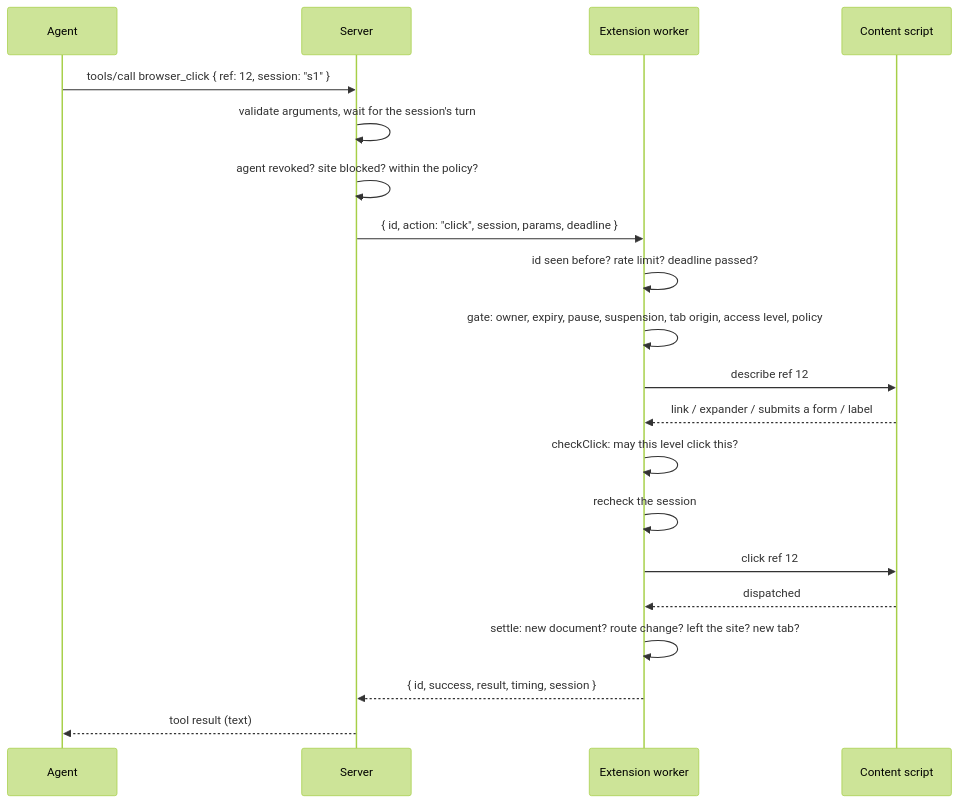
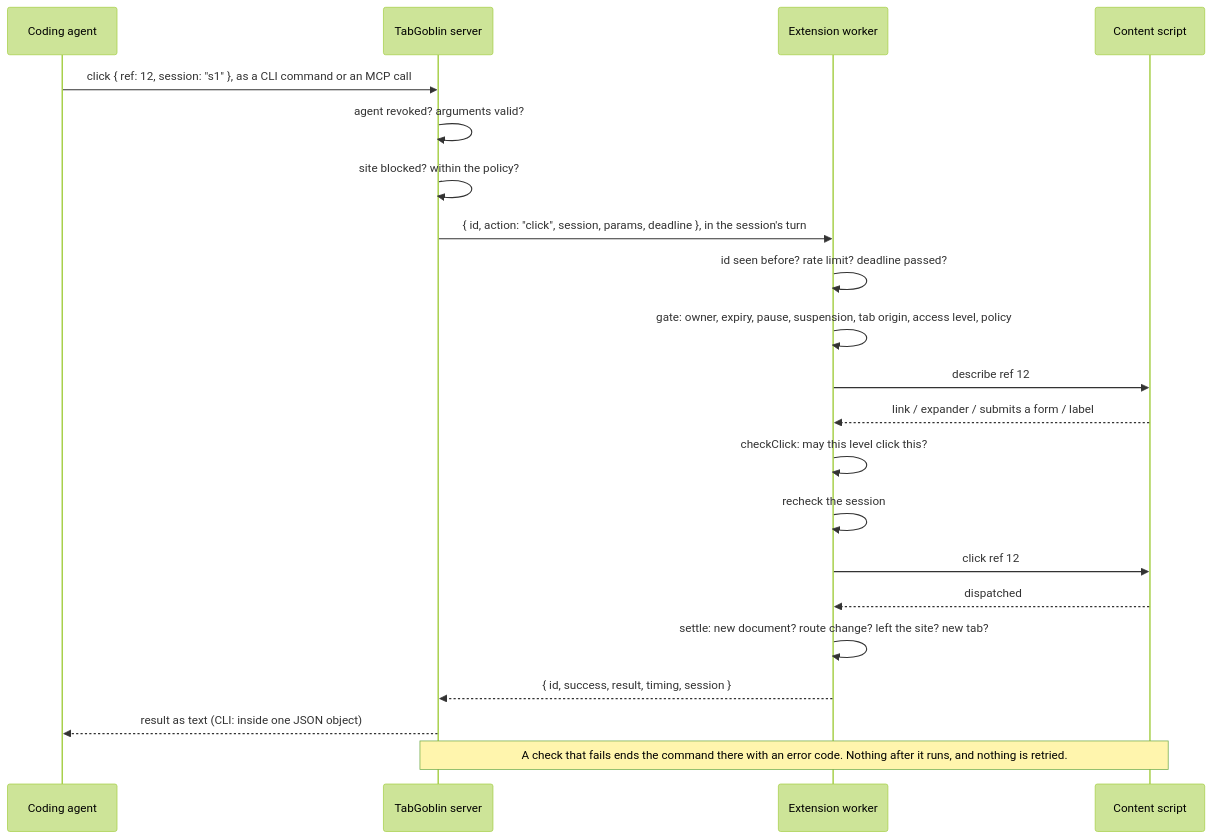
Before and after one commit to LaughingManCommits/TabGoblin: the fourth of 7 diagrams in docs/architecture.md, drawn with Mermaid (forest theme). The commit also changed other lines of this file and 7 other files, not shown here.

First line of the commit message:
The diagrams redrawn: one concept each, the same names, CLI and MCP side by side

````diff
--- a/docs/architecture.md
+++ b/docs/architecture.md
@@ -285,22 +285,23 @@
 ```mermaid
 sequenceDiagram
-  participant A as Agent
-  participant S as Server
+  participant A as Coding agent
+  participant S as TabGoblin server
   participant B as Extension worker
   participant P as Content script
-  A->>S: tools/call browser_click { ref: 12, session: "s1" }
-  S->>S: validate arguments, wait for the session's turn
-  S->>S: agent revoked? site blocked? within the policy?
-  S->>B: { id, action: "click", session, params, deadline }
+  A->>S: click { ref: 12, session: "s1" }, as a CLI command or an MCP call
+  S->>S: agent revoked? arguments valid?
+  S->>S: site blocked? within the policy?
+  S->>B: { id, action: "click", session, params, deadline }, in the session's turn
   B->>B: id seen before? rate limit? deadline passed?
   B->>B: gate: owner, expiry, pause, suspension, tab origin, access level, policy
   B->>P: describe ref 12
   P-->>B: link / expander / submits a form / label
   B->>B: checkClick: may this level click this?
   B->>B: recheck the session
   B->>P: click ref 12
   P-->>B: dispatched
   B->>B: settle: new document? route change? left the site? new tab?
   B-->>S: { id, success, result, timing, session }
-  S-->>A: tool result (text)
+  S-->>A: result as text (CLI: inside one JSON object)
+  Note over S,P: A check that fails ends the command there with an error code. Nothing after it runs, and nothing is retried.
 ```
````
